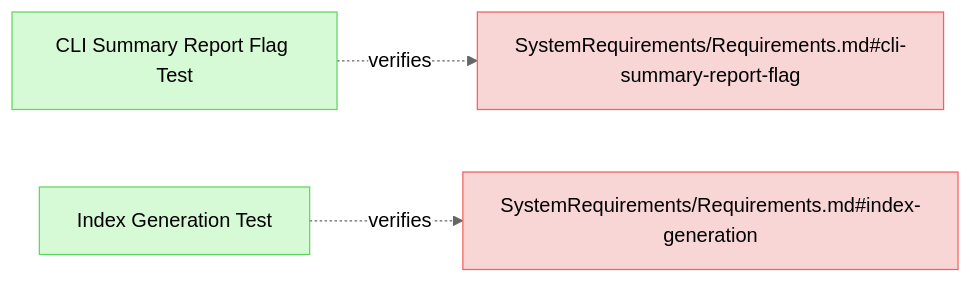
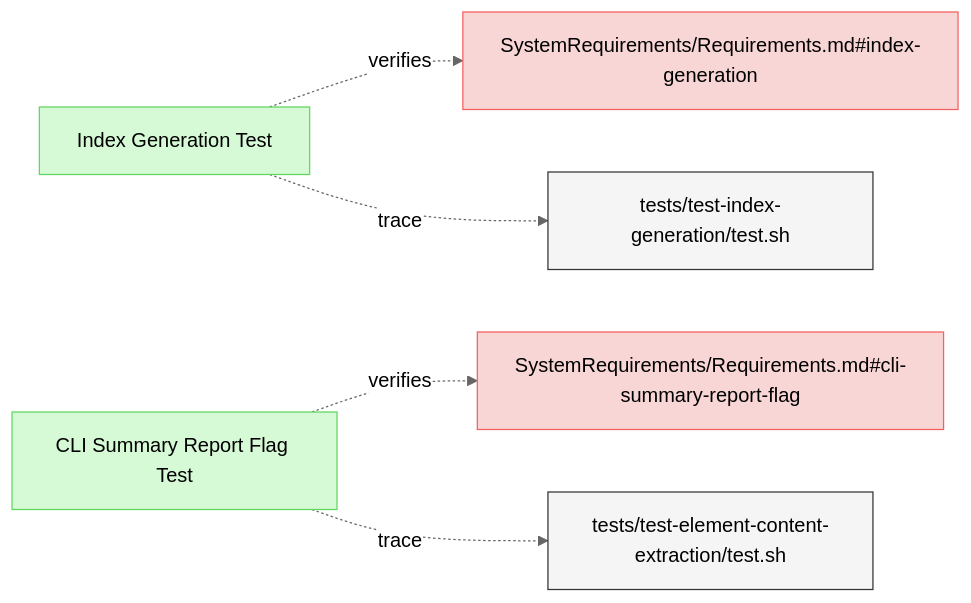
One commit to reqvire-org/reqvire changed the diagram in specifications/Verifications/ReportsTests.md. Above: the diagram before and after it, drawn with Mermaid (neutral theme). The commit also changed 14 other files, not shown here.

Commit message:
Diagram fixes

````diff
--- a/specifications/Verifications/ReportsTests.md
+++ b/specifications/Verifications/ReportsTests.md
@@ -6,24 +6,31 @@
 ```mermaid
 graph LR;
   %% Graph styling
   classDef requirement fill:#f9d6d6,stroke:#f55f5f,stroke-width:1px;
   classDef verification fill:#d6f9d6,stroke:#5fd75f,stroke-width:1px;
   classDef externalLink fill:#d0e0ff,stroke:#3080ff,stroke-width:1px;
   classDef default fill:#f5f5f5,stroke:#333333,stroke-width:1px;
 
-  summary_report_verification["CLI Summary Report Flag Test"];
-  click summary_report_verification "ReportsTests.md#cli-summary-report-flag-test";
-  class summary_report_verification verification;
-  summary_report_req["SystemRequirements/Requirements.md#cli-summary-report-flag"];
-  class summary_report_req requirement;
-  click summary_report_req "../SystemRequirements/Requirements.md#cli-summary-report-flag";
-  summary_report_verification -.->|verifies| summary_report_req;
-  
-  index_generation_test["Index Generation Test"];
-  click index_generation_test "ReportsTests.md#index-generation-test";
-  class index_generation_test verification;
-  index_generation_req["SystemRequirements/Requirements.md#index-generation"];
-  class index_generation_req requirement;
-  click index_generation_req "../SystemRequirements/Requirements.md#index-generation";
-  index_generation_test -.->|verifies| index_generation_req;
+  ecd45710776293b["Index Generation Test"];
+  click ecd45710776293b "ReportsTests.md#index-generation-test";
+  class ecd45710776293b verification;
+  8acd24c7c228637b["SystemRequirements/Requirements.md#index-generation"];
+  class 8acd24c7c228637b requirement;
+  click 8acd24c7c228637b "../SystemRequirements/Requirements.md#index-generation";
+  ecd45710776293b -.->|verifies| 8acd24c7c228637b;
+  473af2ecdcda99a5["tests/test-index-generation/test.sh"];
+  class 473af2ecdcda99a5 default;
+  click 473af2ecdcda99a5 "../../tests/test-index-generation/test.sh";
+  ecd45710776293b -.->|trace| 473af2ecdcda99a5;
+  5ec920981cff81d1["CLI Summary Report Flag Test"];
+  click 5ec920981cff81d1 "ReportsTests.md#cli-summary-report-flag-test";
+  class 5ec920981cff81d1 verification;
+  6f86272134897867["SystemRequirements/Requirements.md#cli-summary-report-flag"];
+  class 6f86272134897867 requirement;
+  click 6f86272134897867 "../SystemRequirements/Requirements.md#cli-summary-report-flag";
+  5ec920981cff81d1 -.->|verifies| 6f86272134897867;
+  e0e585775432dd67["tests/test-element-content-extraction/test.sh"];
+  class e0e585775432dd67 default;
+  click e0e585775432dd67 "../../tests/test-element-content-extraction/test.sh";
+  5ec920981cff81d1 -.->|trace| e0e585775432dd67;
 ```
````
